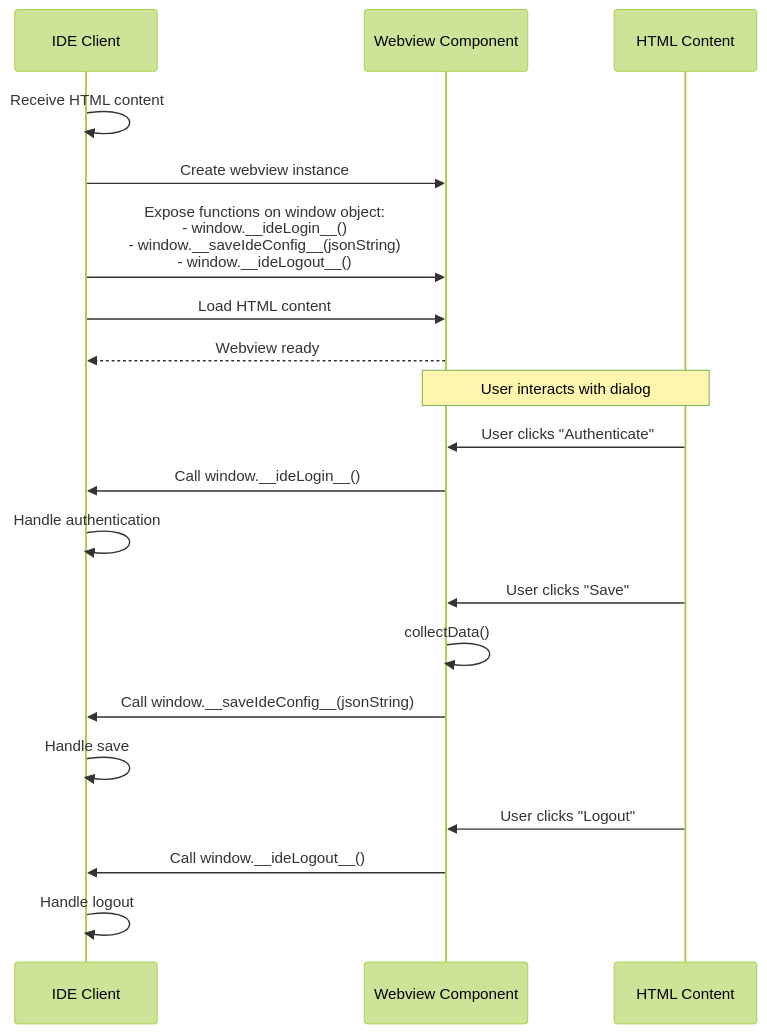
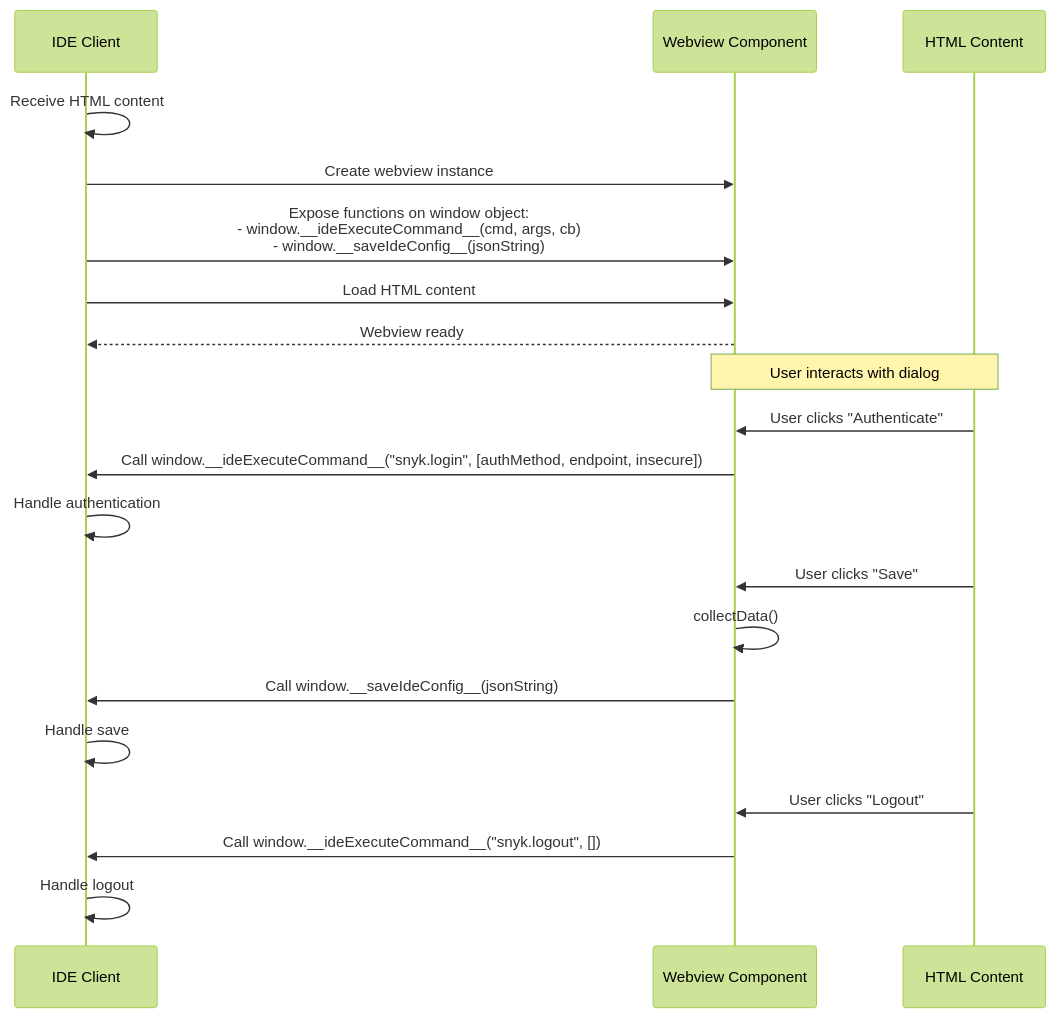
Before and after one commit to snyk/snyk-ls: the second of 5 diagrams in docs/configuration-dialog.md, drawn with Mermaid (forest theme). The commit also changed other lines of this file and 10 other files, not shown here.

````diff
--- a/docs/configuration-dialog.md
+++ b/docs/configuration-dialog.md
@@ -424,31 +421,31 @@
 ```mermaid
 sequenceDiagram
     participant IDE as IDE Client
     participant Webview as Webview Component
     participant HTML as HTML Content
 
     IDE->>IDE: Receive HTML content
 
     IDE->>Webview: Create webview instance
 
-    IDE->>Webview: Expose functions on window object:<br/>- window.__ideLogin__()<br/>- window.__saveIdeConfig__(jsonString)<br/>- window.__ideLogout__()
+    IDE->>Webview: Expose functions on window object:<br/>- window.__ideExecuteCommand__(cmd, args, cb)<br/>- window.__saveIdeConfig__(jsonString)
 
     IDE->>Webview: Load HTML content
 
     Webview-->>IDE: Webview ready
 
     Note over HTML,Webview: User interacts with dialog
 
     HTML->>Webview: User clicks "Authenticate"
-    Webview->>IDE: Call window.__ideLogin__()
+    Webview->>IDE: Call window.__ideExecuteCommand__("snyk.login", [authMethod, endpoint, insecure])
     IDE->>IDE: Handle authentication
 
     HTML->>Webview: User clicks "Save"
     Webview->>Webview: collectData()
     Webview->>IDE: Call window.__saveIdeConfig__(jsonString)
     IDE->>IDE: Handle save
 
     HTML->>Webview: User clicks "Logout"
-    Webview->>IDE: Call window.__ideLogout__()
+    Webview->>IDE: Call window.__ideExecuteCommand__("snyk.logout", [])
     IDE->>IDE: Handle logout
 ```
````
